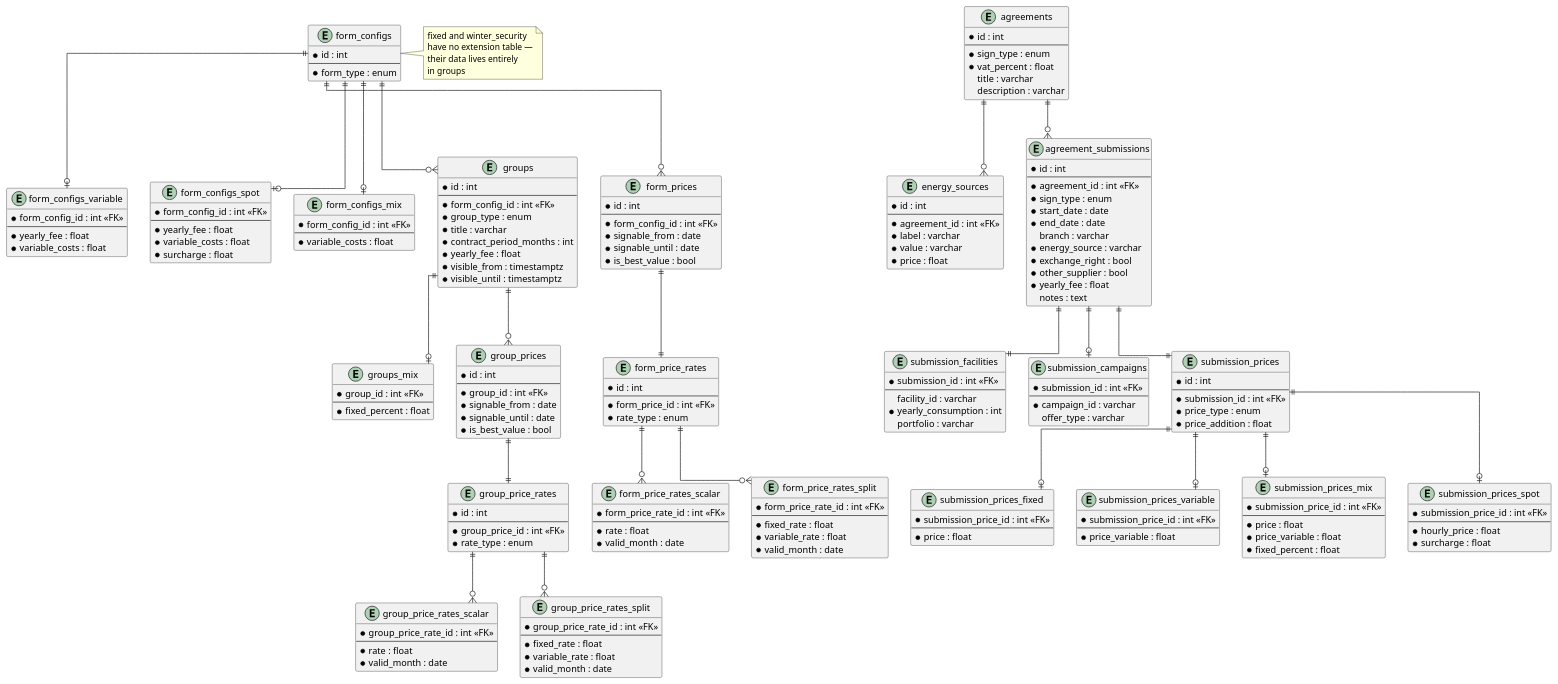
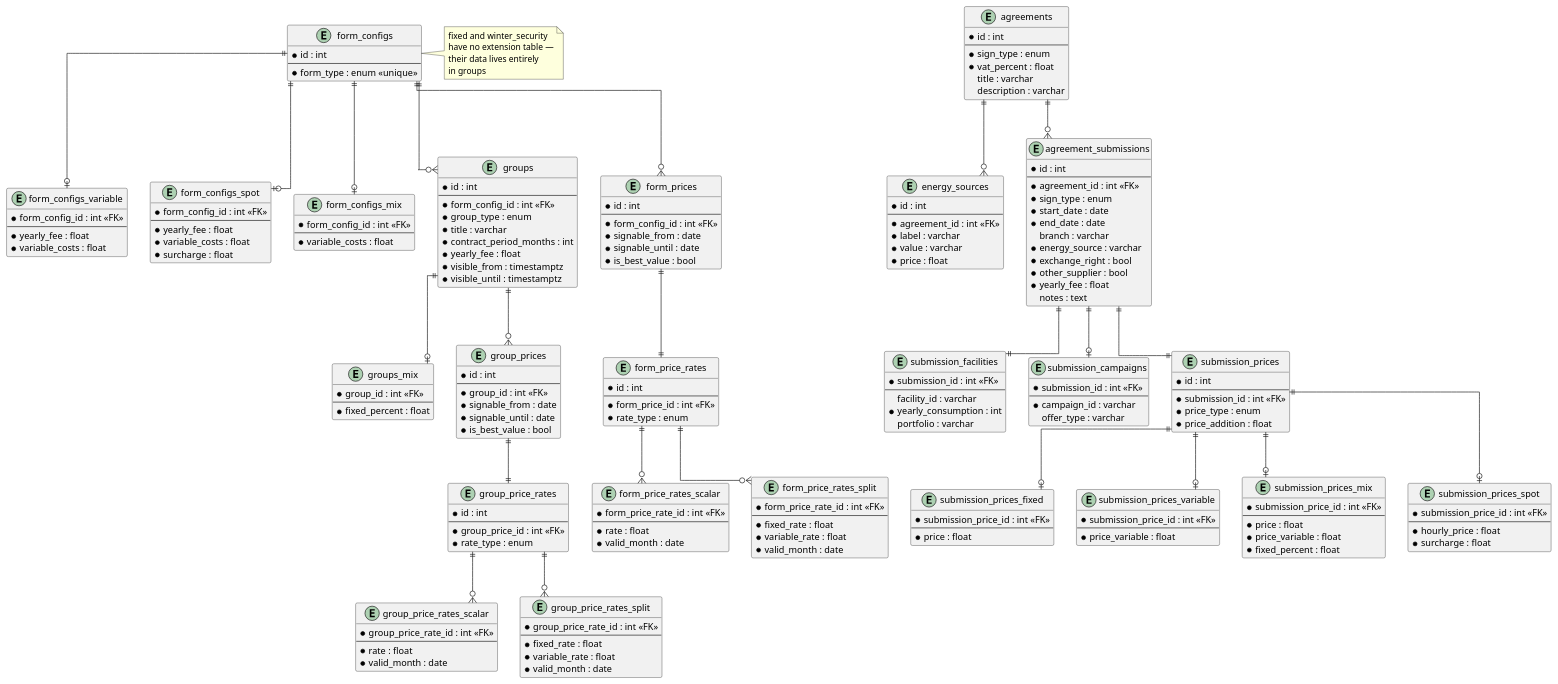
Before and after one commit to linusfri/glimr: the diagram in architecture/database/diagram.puml, drawn with PlantUML.

Commit message:
Updated diagram

```diff
--- a/architecture/database/diagram.puml
+++ b/architecture/database/diagram.puml
@@ -34,7 +34,7 @@
 entity form_configs {
   * id : int
   --
-  * form_type : enum  /' fixed|variable|mix|spot|winter_security '/
+  * form_type : enum <<unique>> /' fixed|variable|mix|spot|winter_security '/
 }
 
 
```
